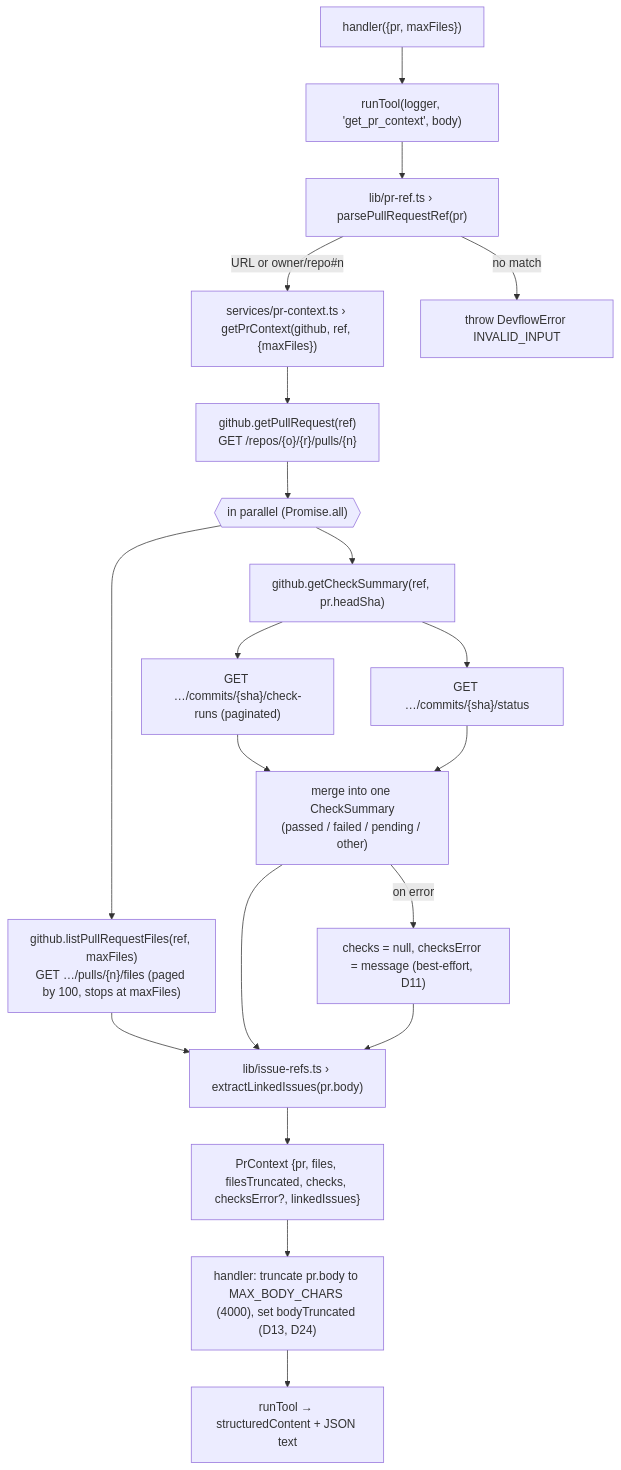
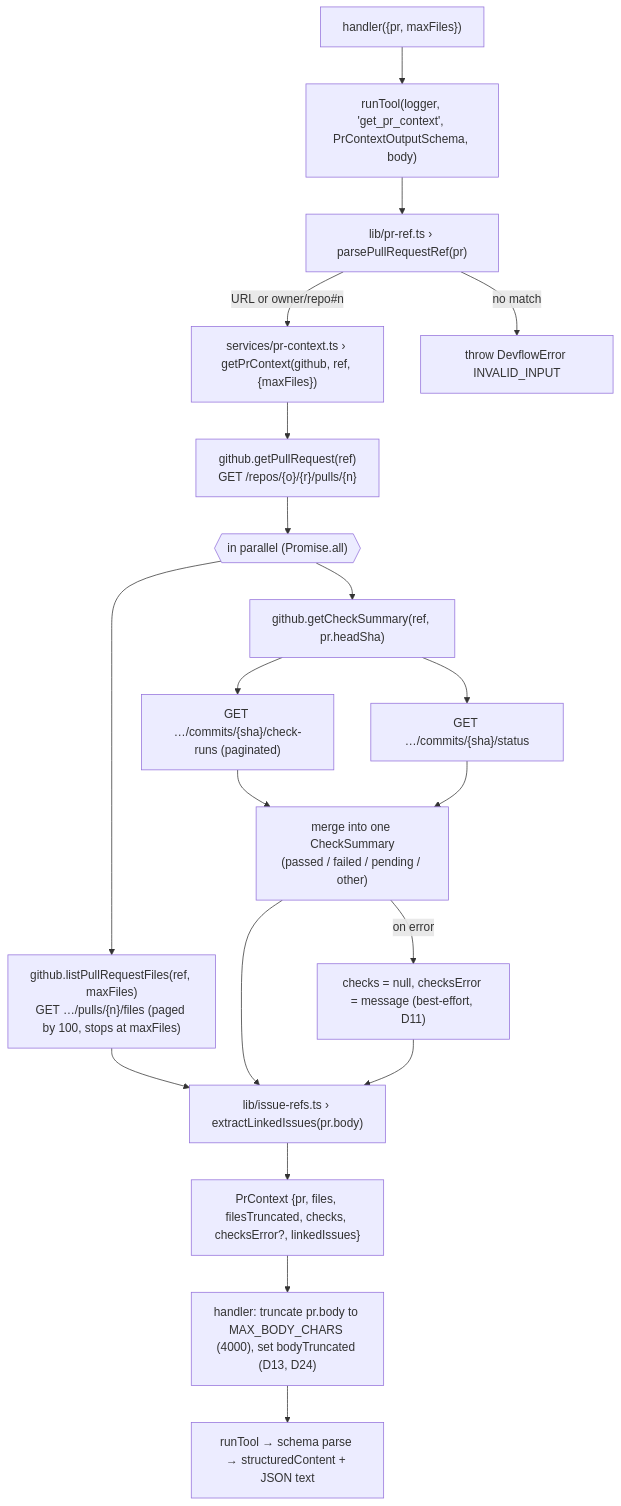
The fourth of 15 diagrams in Flow.md (Kaushal-SF/MCP_Demo), drawn with Mermaid before and after one commit. The commit also changed other lines of this file and 49 other files, not shown here.

````diff
--- a/Flow.md
+++ b/Flow.md
@@ -137,19 +157,19 @@
 ```mermaid
 flowchart TD
-    A["handler({pr, maxFiles})"] --> B["runTool(logger, 'get_pr_context', body)"]
+    A["handler({pr, maxFiles})"] --> B["runTool(logger, 'get_pr_context', PrContextOutputSchema, body)"]
     B --> C["lib/pr-ref.ts › parsePullRequestRef(pr)"]
     C -->|"URL or owner/repo#n"| D["services/pr-context.ts › getPrContext(github, ref, {maxFiles})"]
     C -->|"no match"| X["throw DevflowError INVALID_INPUT"]
     D --> E["github.getPullRequest(ref)<br/>GET /repos/{o}/{r}/pulls/{n}"]
     E --> F{{"in parallel (Promise.all)"}}
     F --> G["github.listPullRequestFiles(ref, maxFiles)<br/>GET …/pulls/{n}/files (paged by 100, stops at maxFiles)"]
     F --> H["github.getCheckSummary(ref, pr.headSha)"]
     H --> H1["GET …/commits/{sha}/check-runs (paginated)"]
     H --> H2["GET …/commits/{sha}/status"]
     H1 & H2 --> H3["merge into one CheckSummary<br/>(passed / failed / pending / other)"]
     H3 -->|"on error"| H4["checks = null, checksError = message (best-effort, D11)"]
     G & H3 & H4 --> I["lib/issue-refs.ts › extractLinkedIssues(pr.body)"]
     I --> J["PrContext {pr, files, filesTruncated, checks, checksError?, linkedIssues}"]
     J --> K["handler: truncate pr.body to MAX_BODY_CHARS (4000), set bodyTruncated (D13, D24)"]
-    K --> L["runTool → structuredContent + JSON text"]
+    K --> L["runTool → schema parse → structuredContent + JSON text"]
 ```
````
